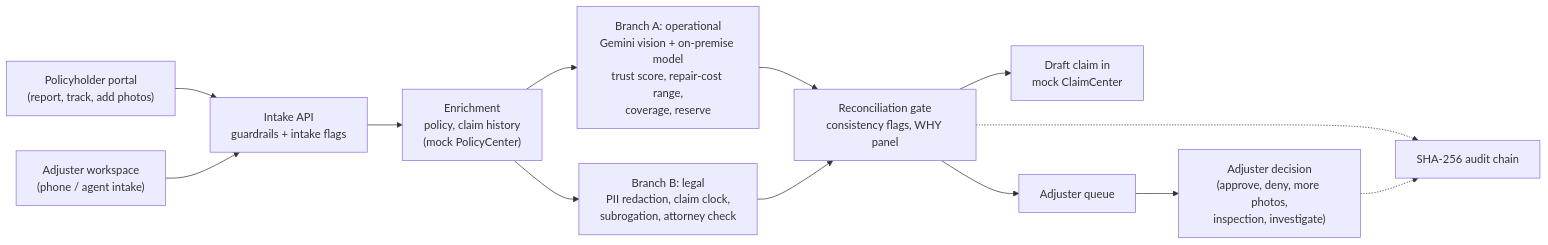
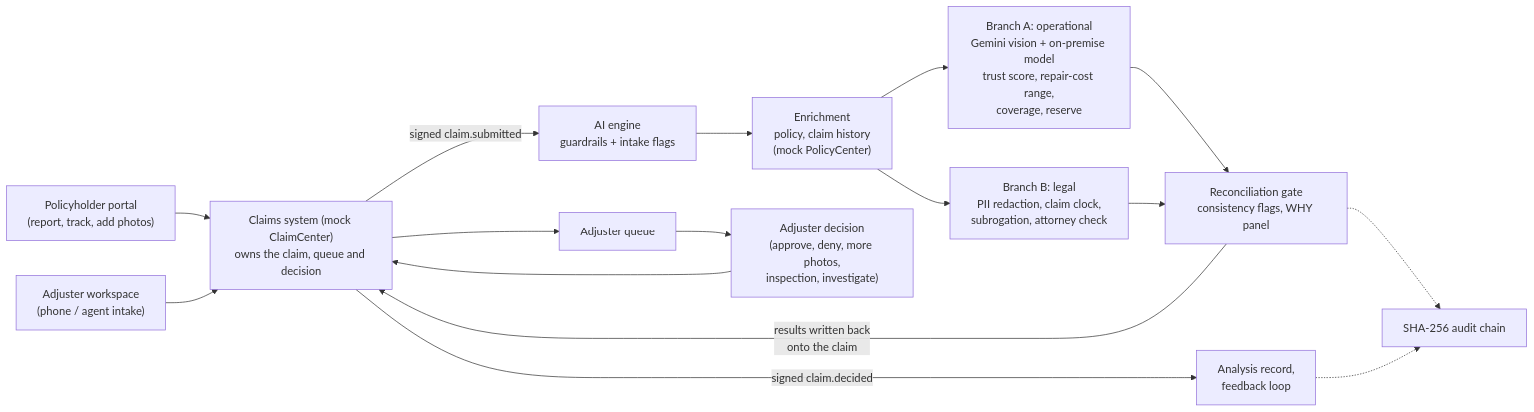
Before and after one commit to Vsd1208/Autonomous-Parallel-Multi-Agent-FNOL-Claims-Compliance-Engine: the diagram in README.md, drawn with Mermaid. The commit also changed other lines of this file and 31 other files, not shown here.

Commit message:
feat: claims system owns queue and decisions; integration mapping to Guidewire public docs, demo covers both intake paths

````diff
--- a/README.md
+++ b/README.md
@@ -17,15 +23,18 @@
 ```mermaid
 flowchart LR
-    P["Policyholder portal<br/>(report, track, add photos)"] --> I
-    W["Adjuster workspace<br/>(phone / agent intake)"] --> I
-    I["Intake API<br/>guardrails + intake flags"] --> E["Enrichment<br/>policy, claim history<br/>(mock PolicyCenter)"]
+    P["Policyholder portal<br/>(report, track, add photos)"] --> CS
+    W["Adjuster workspace<br/>(phone / agent intake)"] --> CS
+    CS["Claims system (mock ClaimCenter)<br/>owns the claim, queue and decision"] -- "signed claim.submitted" --> I
+    I["AI engine<br/>guardrails + intake flags"] --> E["Enrichment<br/>policy, claim history<br/>(mock PolicyCenter)"]
     E --> A["Branch A: operational<br/>Gemini vision + on-premise model<br/>trust score, repair-cost range,<br/>coverage, reserve"]
     E --> B["Branch B: legal<br/>PII redaction, claim clock,<br/>subrogation, attorney check"]
     A --> G["Reconciliation gate<br/>consistency flags, WHY panel"]
     B --> G
-    G --> C["Draft claim in<br/>mock ClaimCenter"]
-    G --> Q["Adjuster queue"]
+    G -- "results written back<br/>onto the claim" --> CS
+    CS --> Q["Adjuster queue"]
     Q --> D["Adjuster decision<br/>(approve, deny, more photos,<br/>inspection, investigate)"]
+    D --> CS
+    CS -- "signed claim.decided" --> F["Analysis record,<br/>feedback loop"]
     G -.-> L["SHA-256 audit chain"]
-    D -.-> L
+    F -.-> L
 ```
````
